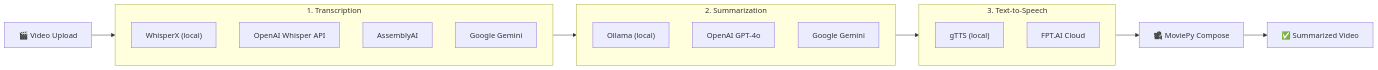
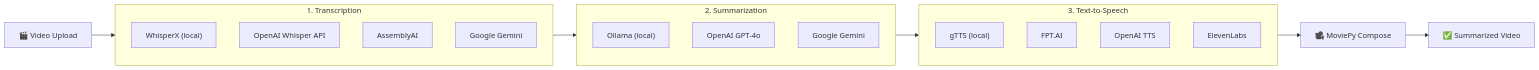
Before and after one commit to TanNguyen20/video-summarization-service: the diagram in README.md, drawn with Mermaid. The commit also changed other lines of this file and 6 other files, not shown here.

Commit message:
feature: support OpenAI TTS and ElevenLabs

````diff
--- a/README.md
+++ b/README.md
@@ -8,30 +8,32 @@
 ```mermaid
 flowchart LR
     Upload["🎬 Video Upload"]
 
     subgraph Transcription["1. Transcription"]
         direction TB
         T1["WhisperX (local)"]
         T2["OpenAI Whisper API"]
         T3["AssemblyAI"]
         T4["Google Gemini"]
     end
 
     subgraph Summarization["2. Summarization"]
         direction TB
         S1["Ollama (local)"]
         S2["OpenAI GPT-4o"]
         S3["Google Gemini"]
     end
 
     subgraph TTS["3. Text-to-Speech"]
         direction TB
         TTS1["gTTS (local)"]
-        TTS2["FPT.AI Cloud"]
+        TTS2["FPT.AI"]
+        TTS3["OpenAI TTS"]
+        TTS4["ElevenLabs"]
     end
 
     Compose["🎥 MoviePy Compose"]
     Output["✅ Summarized Video"]
 
     Upload --> Transcription --> Summarization --> TTS --> Compose --> Output
 ```
````
